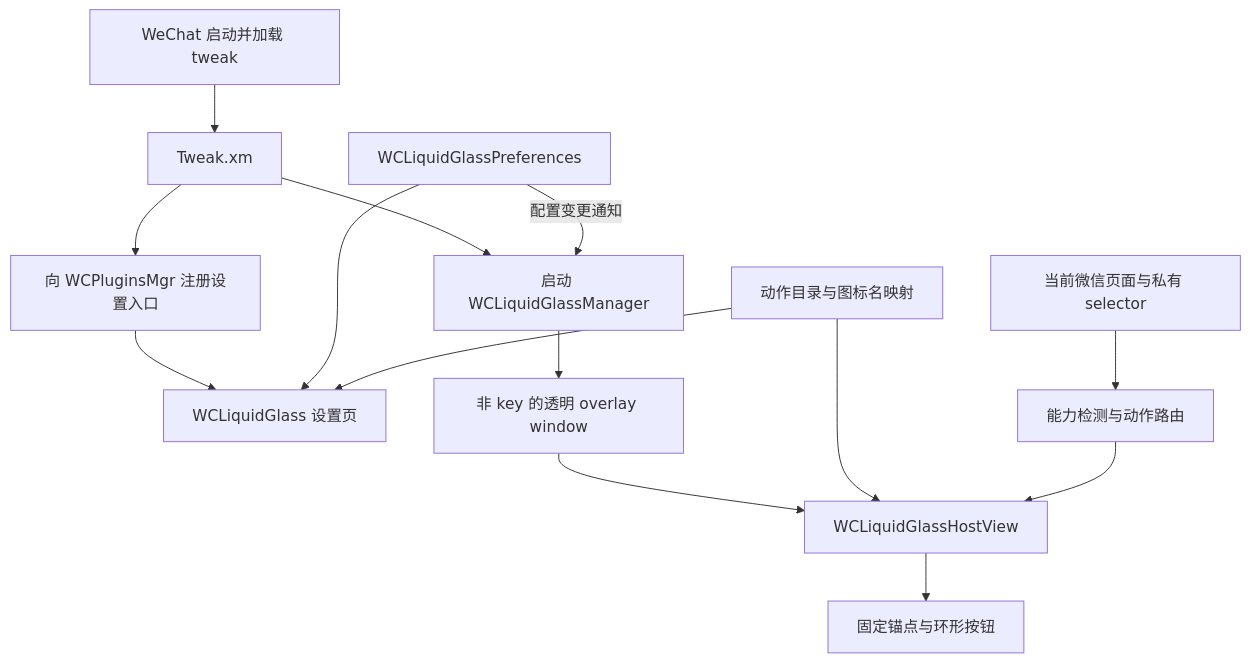
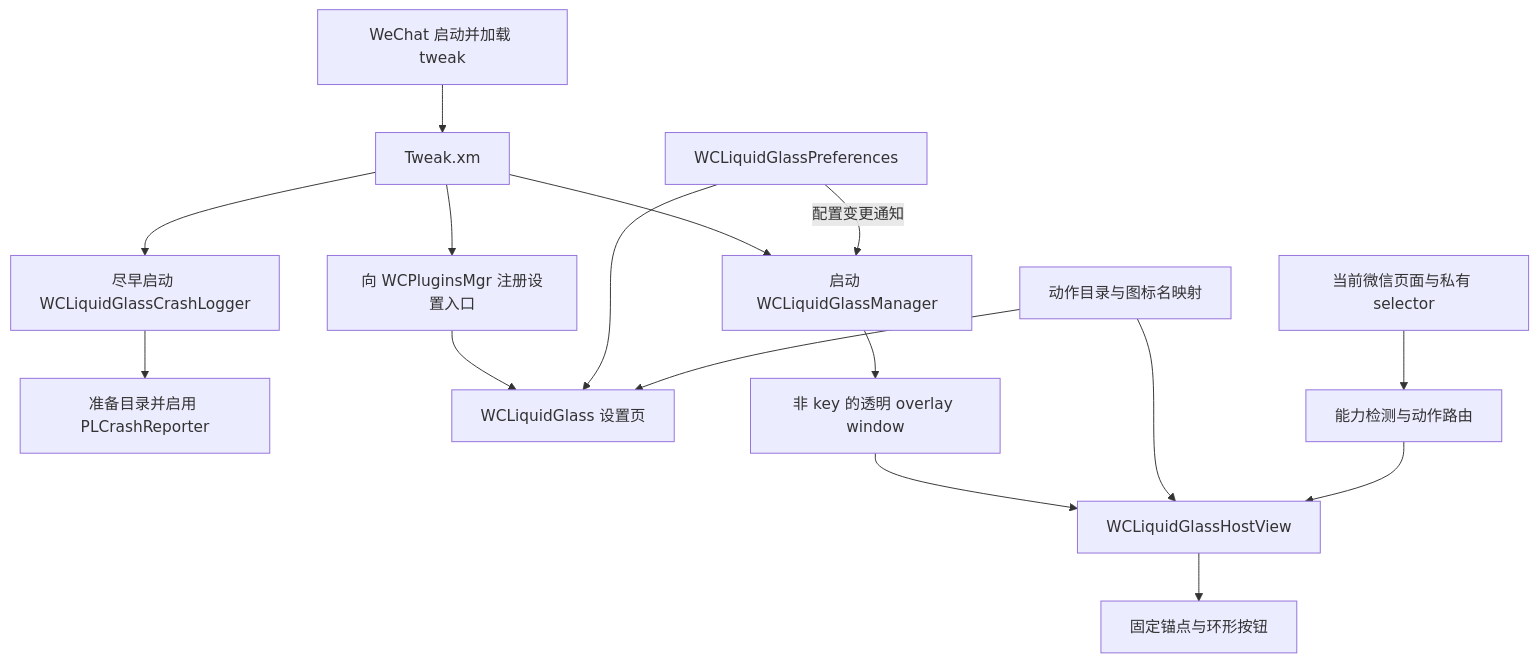
The first of 3 diagrams in docs/solutions/architecture-patterns/wcliquidglass-plugin-development-specification.md (Ssiswent/WCLiquidGlass), drawn with Mermaid before and after one commit. The commit also changed other lines of this file and 12 other files, not shown here.

````diff
--- a/docs/solutions/architecture-patterns/wcliquidglass-plugin-development-specification.md
+++ b/docs/solutions/architecture-patterns/wcliquidglass-plugin-development-specification.md
@@ -53,17 +53,19 @@
 ```mermaid
 flowchart TD
     A["WeChat 启动并加载 tweak"] --> B["Tweak.xm"]
-    B --> C["向 WCPluginsMgr 注册设置入口"]
-    B --> D["启动 WCLiquidGlassManager"]
-    C --> E["WCLiquidGlass 设置页"]
-    D --> F["非 key 的透明 overlay window"]
-    F --> G["WCLiquidGlassHostView"]
-    G --> H["固定锚点与环形按钮"]
+    B --> C["尽早启动 WCLiquidGlassCrashLogger"]
+    C --> D["准备目录并启用 PLCrashReporter"]
+    B --> E["启动 WCLiquidGlassManager"]
+    B --> F["向 WCPluginsMgr 注册设置入口"]
+    F --> G["WCLiquidGlass 设置页"]
+    E --> H["非 key 的透明 overlay window"]
+    H --> I["WCLiquidGlassHostView"]
+    I --> J["固定锚点与环形按钮"]
 
-    I["WCLiquidGlassPreferences"] -->|"配置变更通知"| D
-    I --> E
-    J["动作目录与图标名映射"] --> E
-    J --> G
+    P["WCLiquidGlassPreferences"] -->|"配置变更通知"| E
+    P --> G
+    Q["动作目录与图标名映射"] --> G
+    Q --> I
     K["当前微信页面与私有 selector"] --> L["能力检测与动作路由"]
-    L --> G
+    L --> I
 ```
````
